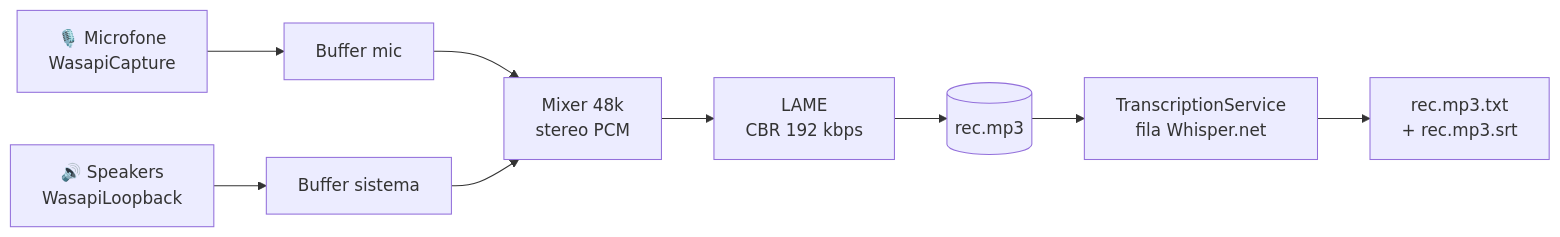
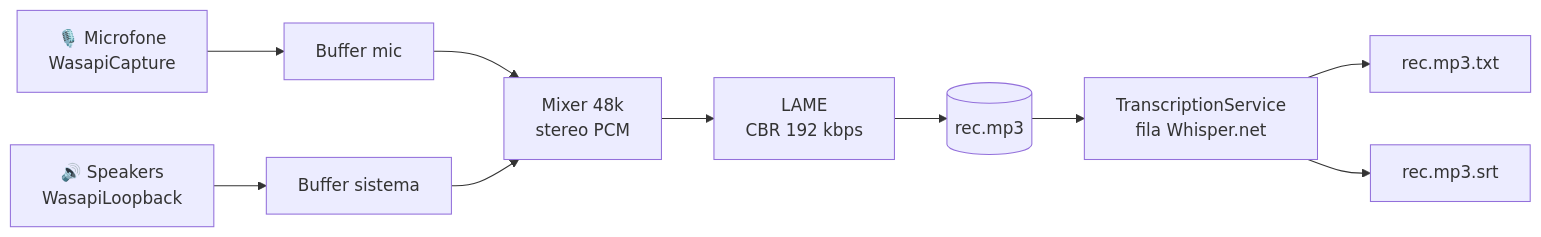
Before and after one commit to caioross/Transcribid: the diagram in README.md, drawn with Mermaid. The commit also changed other lines of this file, not shown here.

````diff
--- a/README.md
+++ b/README.md
@@ -77,11 +124,12 @@
 ```mermaid
 flowchart LR
     MIC[🎙️ Microfone<br/>WasapiCapture] --> BM[Buffer mic]
     SPK[🔊 Speakers<br/>WasapiLoopback] --> BS[Buffer sistema]
     BM --> MIX[Mixer 48k<br/>stereo PCM]
     BS --> MIX
     MIX --> LAME[LAME<br/>CBR 192 kbps]
     LAME --> MP3[(rec.mp3)]
     MP3 --> TS[TranscriptionService<br/>fila Whisper.net]
-    TS --> OUT[rec.mp3.txt<br/>+ rec.mp3.srt]
+    TS --> TXT[rec.mp3.txt]
+    TS --> SRT[rec.mp3.srt]
 ```
````
